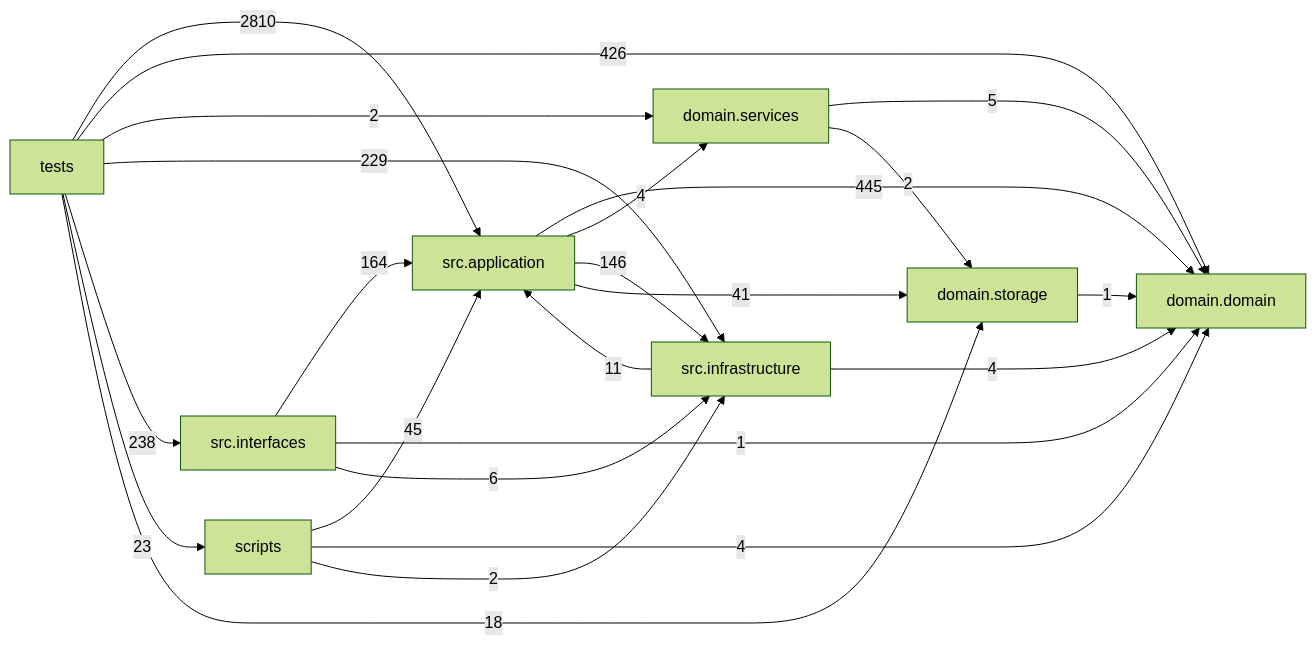
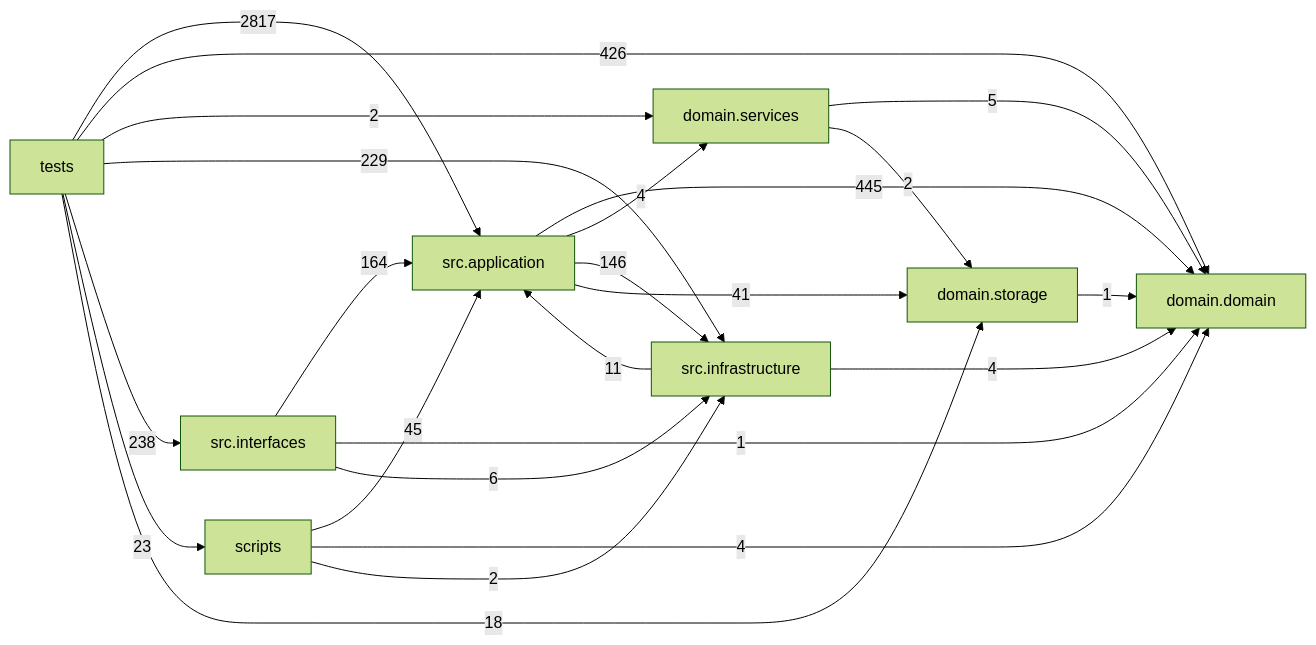
The diagram in docs/DEPENDENCY_GRAPH.md (liuxie066/options-monitor), drawn with Mermaid (forest theme) before and after one commit. The commit also changed other lines of this file and 28 other files, not shown here.

````diff
--- a/docs/DEPENDENCY_GRAPH.md
+++ b/docs/DEPENDENCY_GRAPH.md
@@ -24,33 +24,33 @@
 ```mermaid
 flowchart LR
   tests["tests"]
   scripts["scripts"]
   interfaces["src.interfaces"]
   application["src.application"]
   infrastructure["src.infrastructure"]
   domain_services["domain.services"]
   domain["domain.domain"]
   storage["domain.storage"]
   application -->|445| domain
   application -->|4| domain_services
   application -->|146| infrastructure
   application -->|41| storage
   domain_services -->|5| domain
   domain_services -->|2| storage
   infrastructure -->|11| application
   infrastructure -->|4| domain
   interfaces -->|164| application
   interfaces -->|1| domain
   interfaces -->|6| infrastructure
   scripts -->|45| application
   scripts -->|4| domain
   scripts -->|2| infrastructure
   storage -->|1| domain
-  tests -->|2810| application
+  tests -->|2817| application
   tests -->|426| domain
   tests -->|2| domain_services
   tests -->|229| infrastructure
   tests -->|238| interfaces
   tests -->|23| scripts
   tests -->|18| storage
 ```
````
